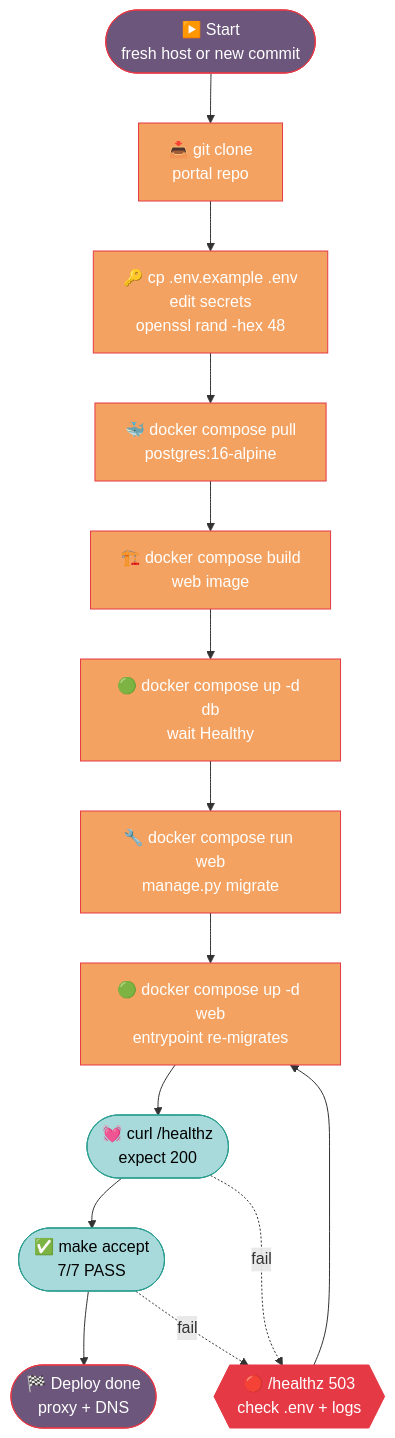
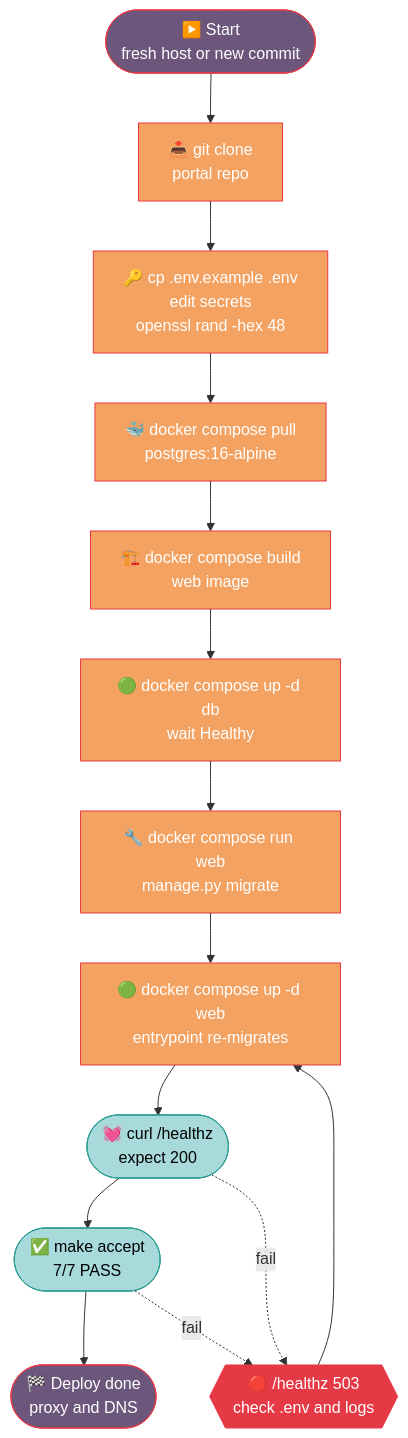
Before and after one commit to choksi2212/dogfood-hackathon: the diagram in docs/DEPLOY.md, drawn with Mermaid. The commit also changed 20 other files, not shown here.

First line of the commit message:
Fix mermaid parse errors across 21 docs

````diff
--- a/docs/DEPLOY.md
+++ b/docs/DEPLOY.md
@@ -19,26 +19,26 @@
 ```mermaid
 flowchart TB
     Start(["▶️ Start<br/>fresh host or new commit"]):::ctl
     Clone["📥 git clone<br/>portal repo"]:::compute
     Env["🔑 cp .env.example .env<br/>edit secrets<br/>openssl rand -hex 48"]:::compute
     Pull["🐳 docker compose pull<br/>postgres:16-alpine"]:::compute
     Build["🏗️ docker compose build<br/>web image"]:::compute
     UpDb["🟢 docker compose up -d db<br/>wait Healthy"]:::compute
     Mig["🔧 docker compose run web<br/>manage.py migrate"]:::compute
     UpWeb["🟢 docker compose up -d web<br/>entrypoint re-migrates"]:::compute
     Healthz(["💓 curl /healthz<br/>expect 200"]):::gate
     Accept(["✅ make accept<br/>7/7 PASS"]):::gate
-    Done(["🏁 Deploy done<br/>proxy + DNS"]):::ctl
+    Done(["🏁 Deploy done<br/>proxy and DNS"]):::ctl
 
-    SmokeFail{{"🔴 /healthz 503<br/>check .env + logs"}}:::alert
+    SmokeFail{{"🔴 /healthz 503<br/>check .env and logs"}}:::alert
 
     Start --> Clone --> Env --> Pull --> Build --> UpDb --> Mig --> UpWeb --> Healthz --> Accept --> Done
     Healthz -.->|fail| SmokeFail
     SmokeFail --> UpWeb
     Accept -.->|fail| SmokeFail
 
     classDef ctl fill:#6C567B,stroke:#E63946,color:#fff
     classDef compute fill:#F4A261,stroke:#E63946,color:#fff
     classDef gate fill:#A8DADC,stroke:#2A9D8F,color:#000
     classDef alert fill:#E63946,stroke:#E63946,color:#fff
 ```
````
